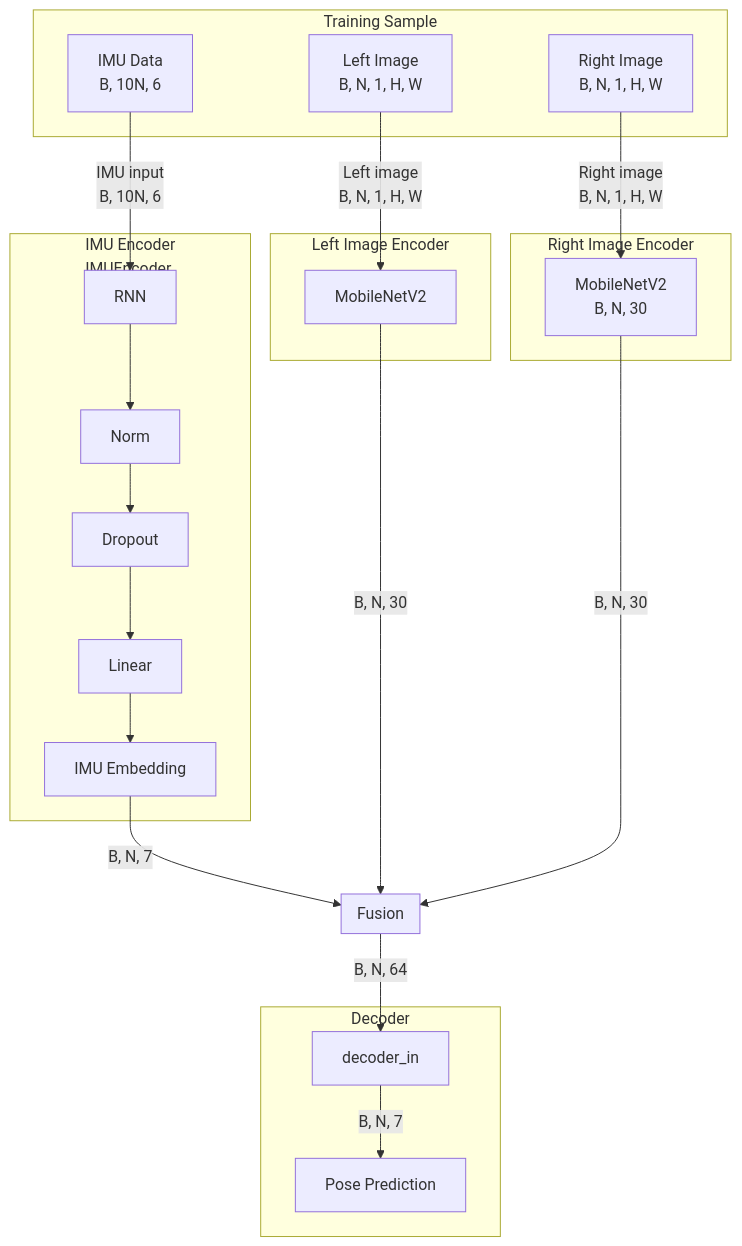
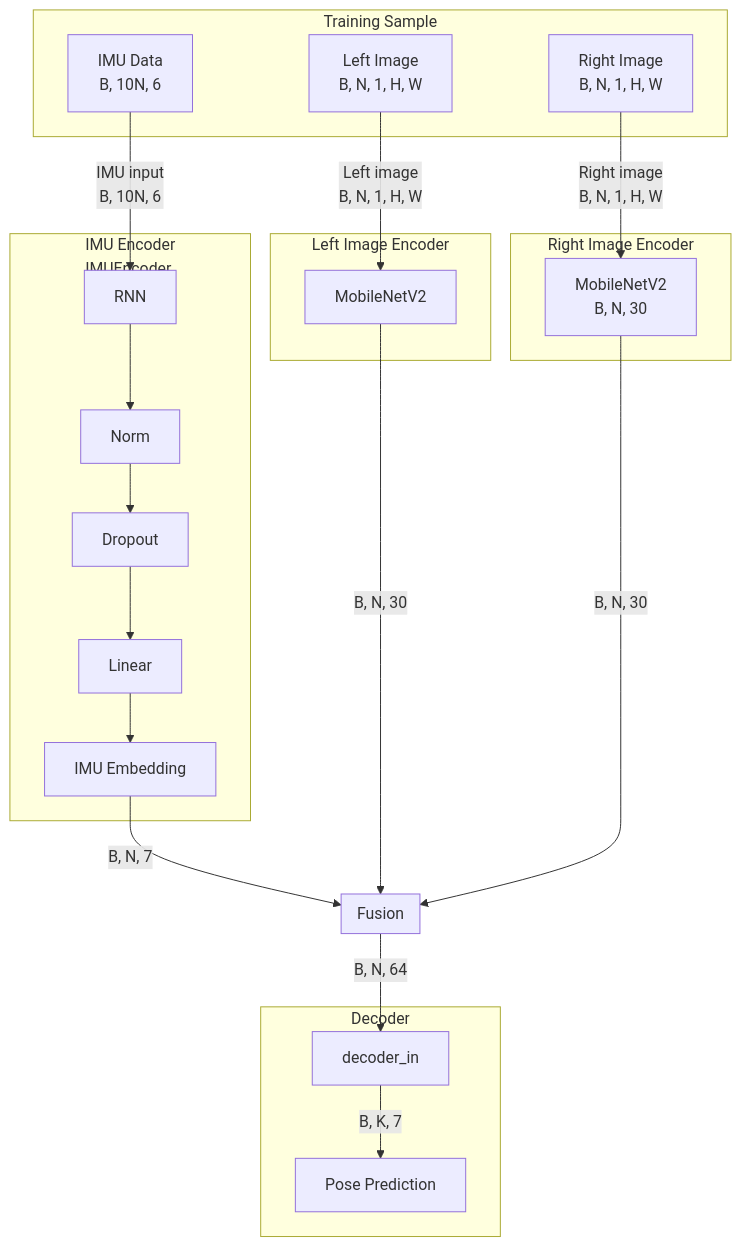
One commit to Irnehs/ECE-228-SLAM-VIO changed the diagram in notebooks/model-architecture-mermaid.md. Above: the diagram before and after it, drawn with Mermaid.

````diff
--- a/notebooks/model-architecture-mermaid.md
+++ b/notebooks/model-architecture-mermaid.md
@@ -1,40 +1,40 @@
 ```mermaid
 graph TD
 
     subgraph Train[Training Sample]
         LeftImage_Data[Left Image<br>B, N, 1, H, W]
         RightImage_Data[Right Image<br>B, N, 1, H, W]
         IMU_Data[IMU Data<br>B, 10N, 6]
     end
 
     IMU_Data -->|IMU input<br>B, 10N, 6| imu_rnn
     LeftImage_Data -->|Left image<br>B, N, 1, H, W| l_image_branch
     RightImage_Data -->|Right image<br>B, N, 1, H, W| r_image_branch
 
     subgraph IMU_Branch[IMU Encoder<br>IMUEncoder]
         imu_rnn[RNN] --> imu_norm[Norm]
         imu_norm --> imu_dropout[Dropout]
         imu_dropout --> imu_linear[Linear]
         imu_linear --> imu_out[IMU Embedding]
     end
 
     subgraph LI_Branch[Left Image Encoder]
         l_image_branch[MobileNetV2]
     end
 
     subgraph RI_Branch[Right Image Encoder]
         r_image_branch[MobileNetV2<br>B, N, 30]
     end
 
     imu_out -->|B, N, 7| Fusion
     l_image_branch -->|B, N, 30| Fusion
     r_image_branch -->|B, N, 30| Fusion
 
     subgraph Fusion
     end
 
     Fusion -->|B, N, 64| decoder_in
     subgraph Decoder[Decoder]
-        decoder_in -->|B, N, 7| Pred[Pose Prediction]
+        decoder_in -->|B, K, 7| Pred[Pose Prediction]
     end
 ```
````
